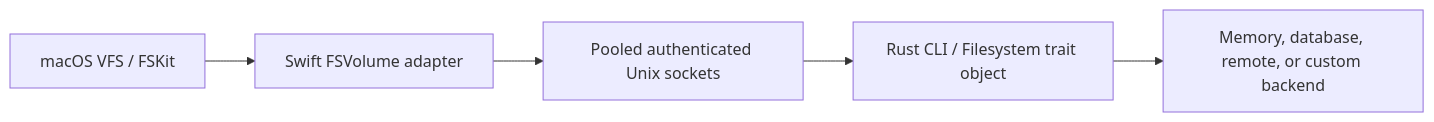
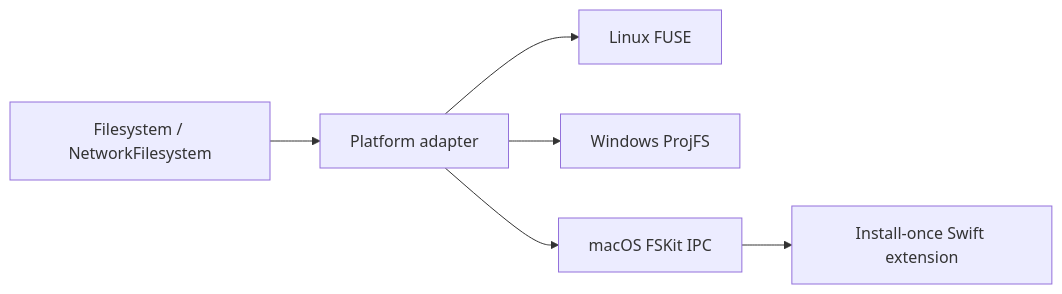
The diagram in README.md (specta-rs/fsk), drawn with Mermaid before and after one commit. The commit also changed other lines of this file and 17 other files, not shown here.

````diff
--- a/README.md
+++ b/README.md
@@ -187,7 +207,8 @@
 ```mermaid
 flowchart LR
-    K["macOS VFS / FSKit"] --> S["Swift FSVolume adapter"]
-    S --> P["Pooled authenticated Unix sockets"]
-    P --> R["Rust CLI / Filesystem trait object"]
-    R --> M["Memory, database, remote, or custom backend"]
+    C["Filesystem / NetworkFilesystem"] --> A["Platform adapter"]
+    A --> L["Linux FUSE"]
+    A --> W["Windows ProjFS"]
+    A --> M["macOS FSKit IPC"]
+    M --> S["Install-once Swift extension"]
 ```
````
